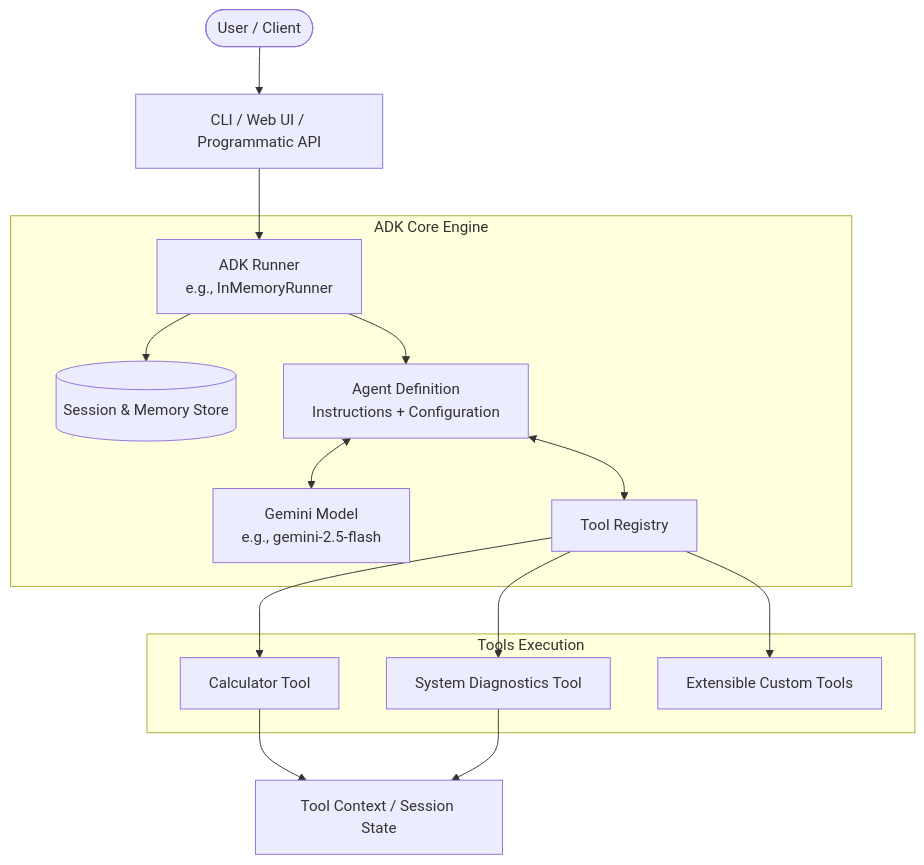
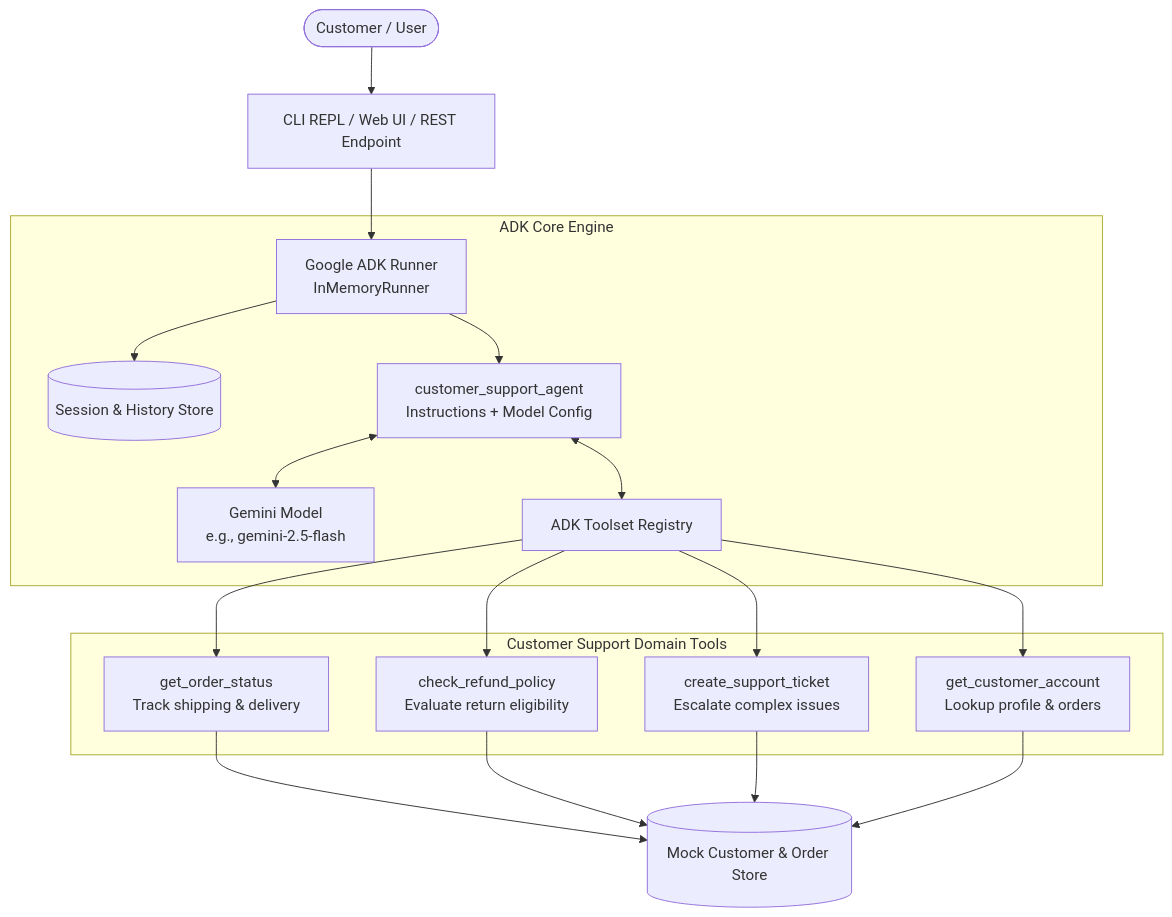
The first of 2 diagrams in docs/ARCHITECTURE.md (noam2030/test), drawn with Mermaid before and after one commit. The commit also changed other lines of this file and 16 other files, not shown here.

Commit message:
feat: implement customer_support_agent with Google ADK, support tools, CLI, and tests

````diff
--- a/docs/ARCHITECTURE.md
+++ b/docs/ARCHITECTURE.md
@@ -11,21 +11,24 @@
 ```mermaid
 flowchart TD
-    User([User / Client]) --> Interface[CLI / Web UI / Programmatic API]
-    Interface --> Runner[ADK Runner\ne.g., InMemoryRunner]
+    User([Customer / User]) --> Interface[CLI REPL / Web UI / REST Endpoint]
+    Interface --> Runner[Google ADK Runner\nInMemoryRunner]
     
     subgraph ADK Core Engine
-        Runner --> SessionMgr[(Session & Memory Store)]
-        Runner --> Agent[Agent Definition\nInstructions + Configuration]
+        Runner --> SessionMgr[(Session & History Store)]
+        Runner --> Agent[customer_support_agent\nInstructions + Model Config]
         Agent <--> LLM[Gemini Model\ne.g., gemini-2.5-flash]
-        Agent <--> Toolset[Tool Registry]
+        Agent <--> ToolRegistry[ADK Toolset Registry]
     end
 
-    subgraph Tools Execution
-        Toolset --> Tool1[Calculator Tool]
-        Toolset --> Tool2[System Diagnostics Tool]
-        Toolset --> Tool3[Extensible Custom Tools]
+    subgraph Customer Support Domain Tools
+        ToolRegistry --> T1[get_order_status\nTrack shipping & delivery]
+        ToolRegistry --> T2[check_refund_policy\nEvaluate return eligibility]
+        ToolRegistry --> T3[create_support_ticket\nEscalate complex issues]
+        ToolRegistry --> T4[get_customer_account\nLookup profile & orders]
     end
 
-    Tool1 --> ToolContext[Tool Context / Session State]
-    Tool2 --> ToolContext
+    T1 --> MockDB[(Mock Customer & Order Store)]
+    T2 --> MockDB
+    T3 --> MockDB
+    T4 --> MockDB
 ```
````
